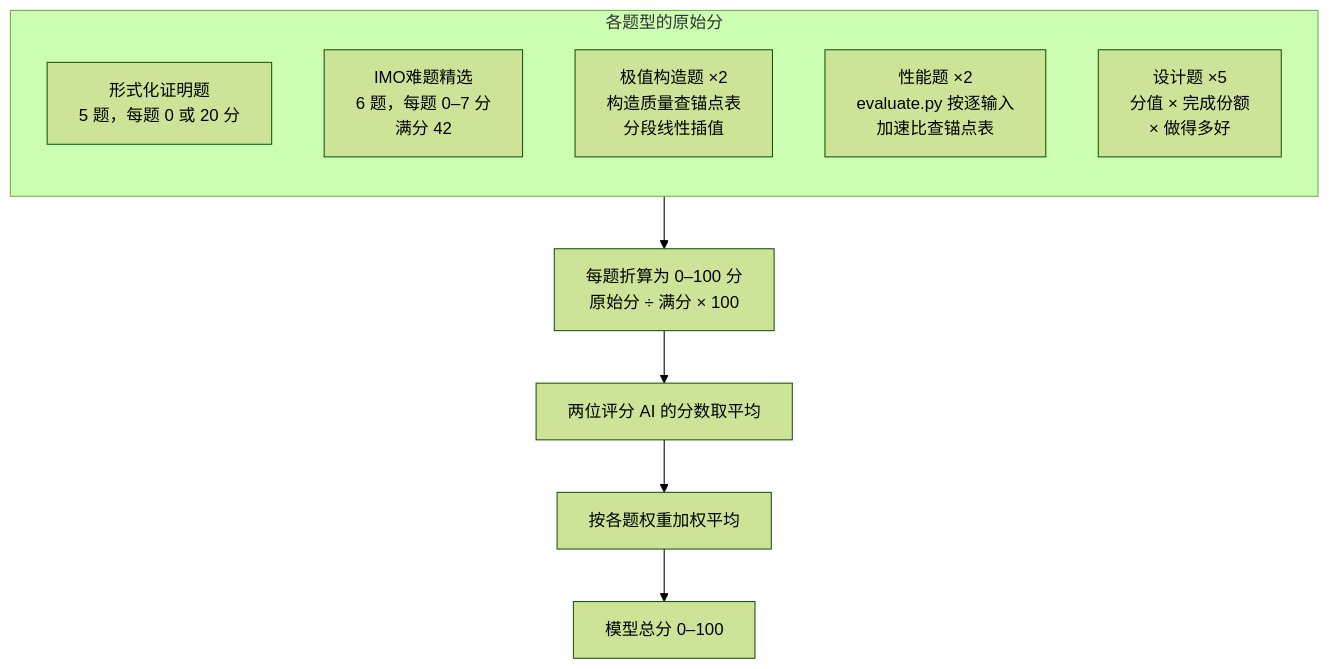
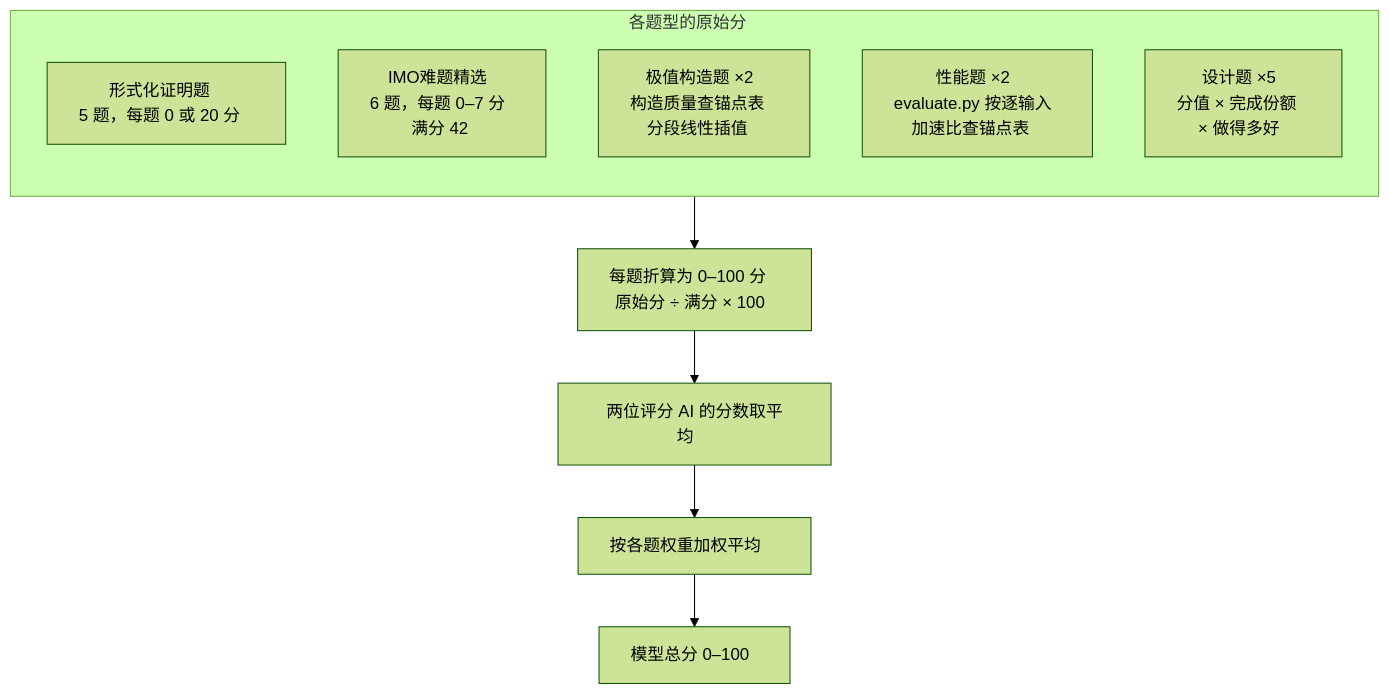
One commit to Wendystar0628/AI-High-Pressure-Challenge changed the second of 3 diagrams in README.md. Above: the diagram before and after it, drawn with Mermaid (forest theme). The commit also changed other lines of this file, not shown here.

Commit message:
README 的 Mermaid 节点加留白，避免 GitHub 渲染时截断中文

````diff
--- a/README.md
+++ b/README.md
@@ -511,16 +511,16 @@
 ```mermaid
 flowchart TD
-    subgraph X["各题型的原始分"]
+    subgraph X["各题型的原始分#160;#160;#160;"]
         direction TB
-        P1["形式化证明题<br/>5 题，每题 0 或 20 分"]
-        P2["IMO难题精选<br/>6 题，每题 0–7 分<br/>满分 42"]
-        P3["极值构造题 ×2<br/>构造质量查锚点表<br/>分段线性插值"]
-        P4["性能题 ×2<br/>evaluate.py 按逐输入<br/>加速比查锚点表"]
-        P5["设计题 ×5<br/>分值 × 完成份额<br/>× 做得多好"]
+        P1["形式化证明题#160;#160;#160;<br/>5 题，每题 0 或 20 分#160;#160;#160;"]
+        P2["IMO难题精选#160;#160;<br/>6 题，每题 0–7 分#160;#160;<br/>满分 42#160;"]
+        P3["极值构造题 ×2#160;#160;<br/>构造质量查锚点表#160;#160;#160;<br/>分段线性插值#160;#160;#160;"]
+        P4["性能题 ×2#160;#160;<br/>evaluate.py 按逐输入#160;#160;<br/>加速比查锚点表#160;#160;#160;"]
+        P5["设计题 ×5#160;#160;<br/>分值 × 完成份额#160;#160;#160;<br/>× 做得多好#160;#160;"]
     end
 
-    X --> N["每题折算为 0–100 分<br/>原始分 ÷ 满分 × 100"]
-    N --> M["两位评分 AI 的分数取平均"]
-    M --> W["按各题权重加权平均"]
-    W --> S["模型总分 0–100"]
+    X --> N["每题折算为 0–100 分#160;#160;#160;<br/>原始分 ÷ 满分 × 100#160;#160;"]
+    N --> M["两位评分 AI 的分数取平均#160;#160;#160;#160;"]
+    M --> W["按各题权重加权平均#160;#160;#160;#160;"]
+    W --> S["模型总分 0–100#160;#160;"]
 ```
````
